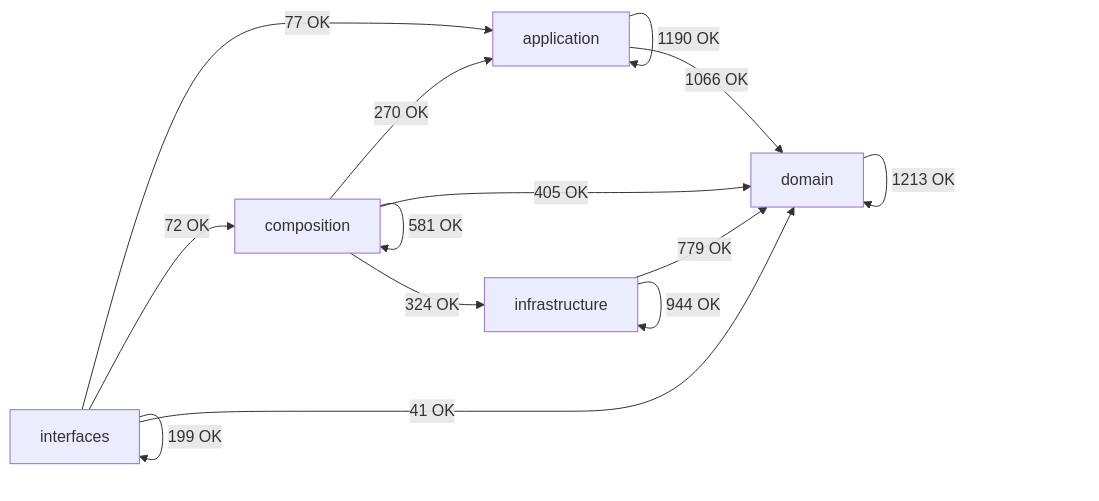
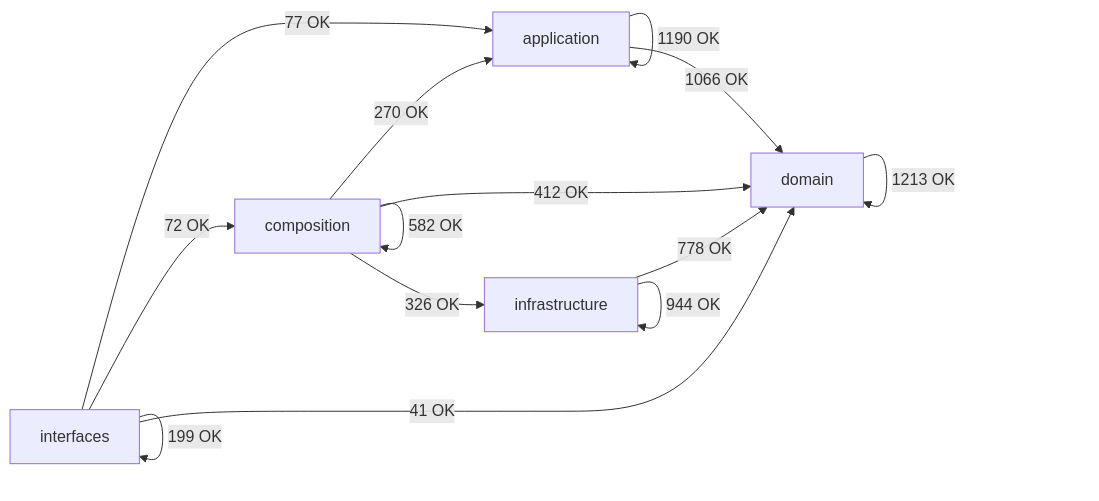
One commit to SatoryKono/BioactivityDataAcquisition changed the diagram in docs/02-architecture/generated/module-dependency-map.md. Above: the diagram before and after it, drawn with Mermaid. The commit also changed other lines of this file and 51 other files, not shown here.

````diff
--- a/docs/02-architecture/generated/module-dependency-map.md
+++ b/docs/02-architecture/generated/module-dependency-map.md
@@ -17,21 +17,21 @@
 ```mermaid
 flowchart LR
     domain[domain]
     application[application]
     infrastructure[infrastructure]
     composition[composition]
     interfaces[interfaces]
     application -->|1190 OK| application
     application -->|1066 OK| domain
     composition -->|270 OK| application
-    composition -->|581 OK| composition
-    composition -->|405 OK| domain
-    composition -->|324 OK| infrastructure
+    composition -->|582 OK| composition
+    composition -->|412 OK| domain
+    composition -->|326 OK| infrastructure
     domain -->|1213 OK| domain
-    infrastructure -->|779 OK| domain
+    infrastructure -->|778 OK| domain
     infrastructure -->|944 OK| infrastructure
     interfaces -->|77 OK| application
     interfaces -->|72 OK| composition
     interfaces -->|41 OK| domain
     interfaces -->|199 OK| interfaces
 ```
````
